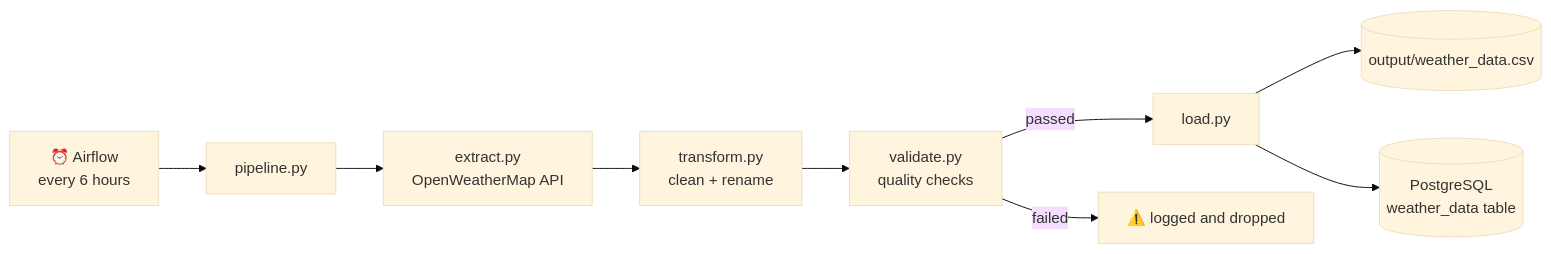
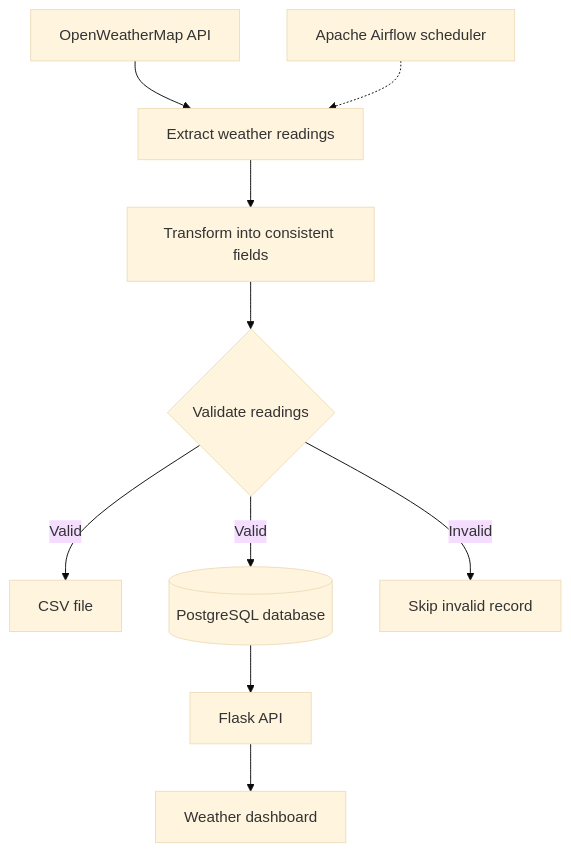
Before and after one commit to Bongane0606/sa-weather-etl-pipeline: the diagram in README.md, drawn with Mermaid (base theme). The commit also changed other lines of this file, not shown here.

````diff
--- a/README.md
+++ b/README.md
@@ -73,11 +29,12 @@
 ```mermaid
-flowchart LR
-    A[⏰ Airflow<br/>every 6 hours] --> B[pipeline.py]
-    B --> C[extract.py<br/>OpenWeatherMap API]
-    C --> D[transform.py<br/>clean + rename]
-    D --> E[validate.py<br/>quality checks]
-    E -->|passed| F[load.py]
-    E -->|failed| X[⚠️ logged and dropped]
-    F --> G[(output/weather_data.csv)]
-    F --> H[(PostgreSQL<br/>weather_data table)]
+flowchart TD
+    A[OpenWeatherMap API] --> B[Extract weather readings]
+    B --> C[Transform into consistent fields]
+    C --> D{Validate readings}
+    D -->|Valid| E[CSV file]
+    D -->|Valid| F[(PostgreSQL database)]
+    D -->|Invalid| X[Skip invalid record]
+    F --> G[Flask API]
+    G --> H[Weather dashboard]
+    I[Apache Airflow scheduler] -.-> B
 ```
````
